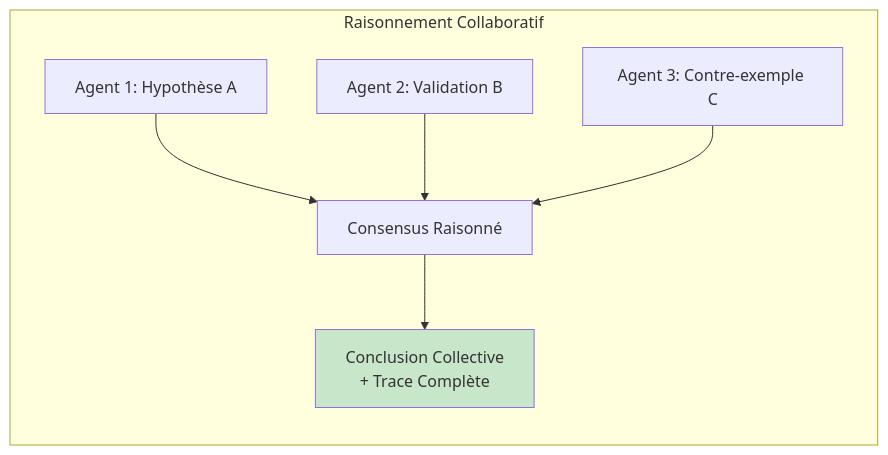
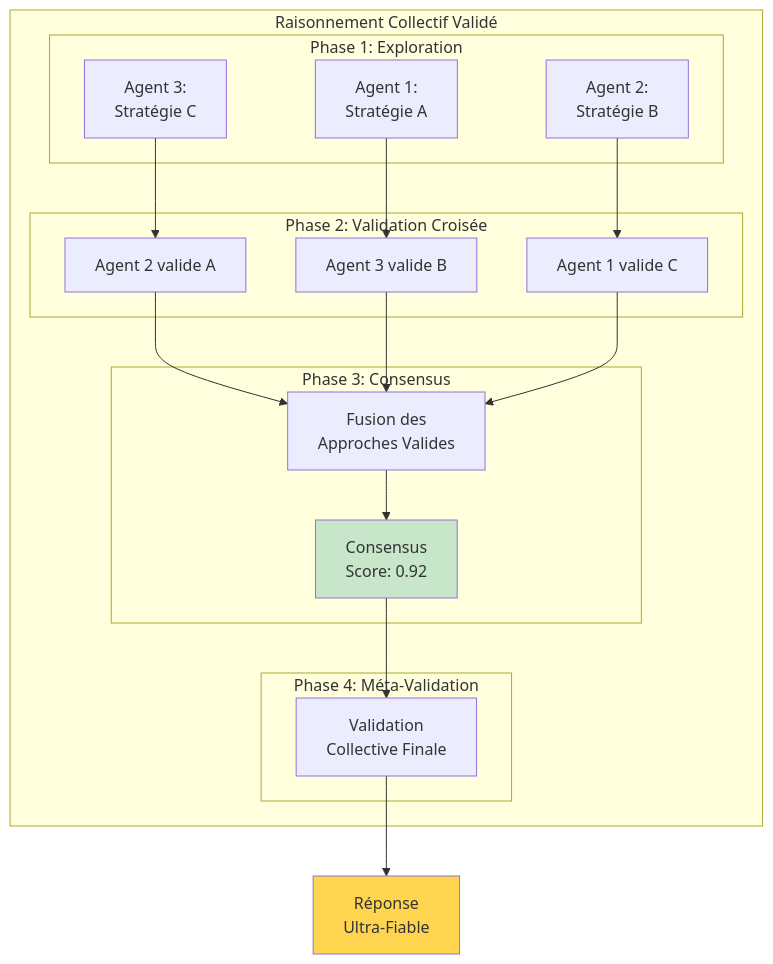
One commit to iapourtous/UXMPC changed the ninth of 22 diagrams in article_collective_agi.md. Above: the diagram before and after it, drawn with Mermaid. The commit also changed other lines of this file, not shown here.

````diff
--- a/article_collective_agi.md
+++ b/article_collective_agi.md
@@ -165,20 +308,43 @@
 ```mermaid
-graph LR
-    subgraph "Raisonnement Collaboratif"
-        AG1_COT[Agent 1: Hypothèse A]
-        AG2_COT[Agent 2: Validation B]
-        AG3_COT[Agent 3: Contre-exemple C]
+graph TB
+    subgraph "Raisonnement Collectif Validé"
+        subgraph "Phase 1: Exploration"
+            AG1[Agent 1:<br/>Stratégie A]
+            AG2[Agent 2:<br/>Stratégie B]
+            AG3[Agent 3:<br/>Stratégie C]
+        end
         
-        CONSENSUS[Consensus Raisonné]
+        subgraph "Phase 2: Validation Croisée"
+            VAL1[Agent 2 valide A]
+            VAL2[Agent 3 valide B]
+            VAL3[Agent 1 valide C]
+        end
         
-        AG1_COT --> CONSENSUS
-        AG2_COT --> CONSENSUS
-        AG3_COT --> CONSENSUS
+        subgraph "Phase 3: Consensus"
+            MERGE[Fusion des<br/>Approches Valides]
+            CONSENSUS[Consensus<br/>Score: 0.92]
+        end
         
-        CONCLUSION[Conclusion Collective<br/>+ Trace Complète]
-        
-        CONSENSUS --> CONCLUSION
+        subgraph "Phase 4: Méta-Validation"
+            META[Validation<br/>Collective Finale]
+        end
     end
     
-    style CONCLUSION fill:#c8e6c9
+    AG1 --> VAL2
+    AG2 --> VAL3
+    AG3 --> VAL1
+    
+    VAL1 --> MERGE
+    VAL2 --> MERGE
+    VAL3 --> MERGE
+    
+    MERGE --> CONSENSUS
+    CONSENSUS --> META
+    
+    RESULT[Réponse<br/>Ultra-Fiable]
+    
+    META --> RESULT
+    
+    style CONSENSUS fill:#c8e6c9
+    style RESULT fill:#ffd54f
 ```
````
